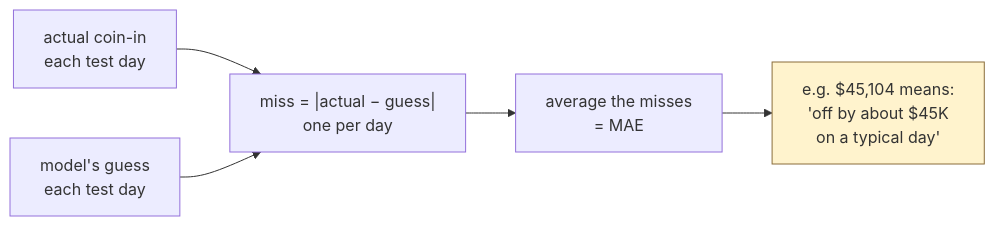
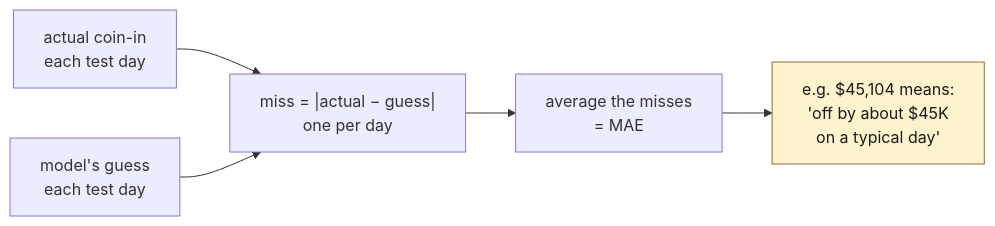
One commit to alemanb/dashboard-royale changed the second of 7 diagrams in docs/MODEL.md. Above: the diagram before and after it, drawn with Mermaid. The commit also changed other lines of this file and 2 other files, not shown here.

Commit message:
Use dark text on colored Mermaid nodes for readability

````diff
--- a/docs/MODEL.md
+++ b/docs/MODEL.md
@@ -42,8 +42,8 @@
 ```mermaid
 flowchart LR
     A["actual coin-in<br/>each test day"] --> M["miss = |actual − guess|<br/>one per day"]
     G["model's guess<br/>each test day"] --> M
     M --> AVG["average the misses<br/>= MAE"]
     AVG --> R["e.g. $45,104 means:<br/>'off by about $45K<br/>on a typical day'"]
-    style R fill:#fff3cd,stroke:#8a6d3b
+    style R fill:#fff3cd,stroke:#8a6d3b,color:#1a1a1a
 ```
````
